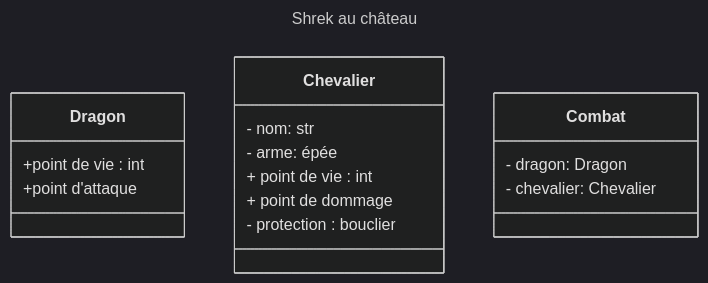
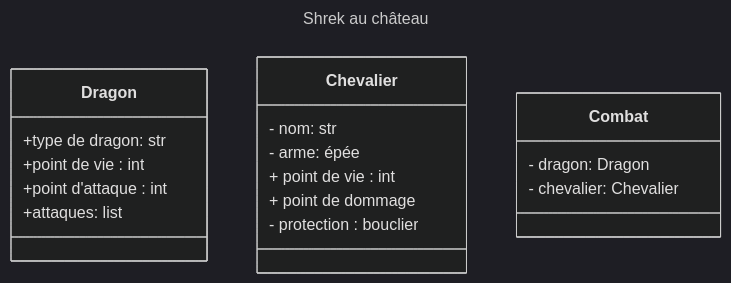
One commit to 0drikPil0n/chevalier_dragon changed the diagram in README.md. Above: the diagram before and after it, drawn with Mermaid (dark theme).

Commit message:
diagramme

````diff
--- a/README.md
+++ b/README.md
@@ -8,31 +8,32 @@
 ```mermaid
 ---
 title: Shrek au château
 ---
 classDiagram
     
     
     class Dragon{
+        +type de dragon: str
         +point de vie : int
-        +point d'attaque
-        
+        +point d'attaque : int
+        +attaques: list
         }
 
 
     class Chevalier{
         - nom: str
         - arme: épée
         + point de vie : int
         + point de dommage
         - protection : bouclier
     
     }
 
     class Combat{
         - dragon: Dragon
         - chevalier: Chevalier
         
     
     
         }
 ```
````
